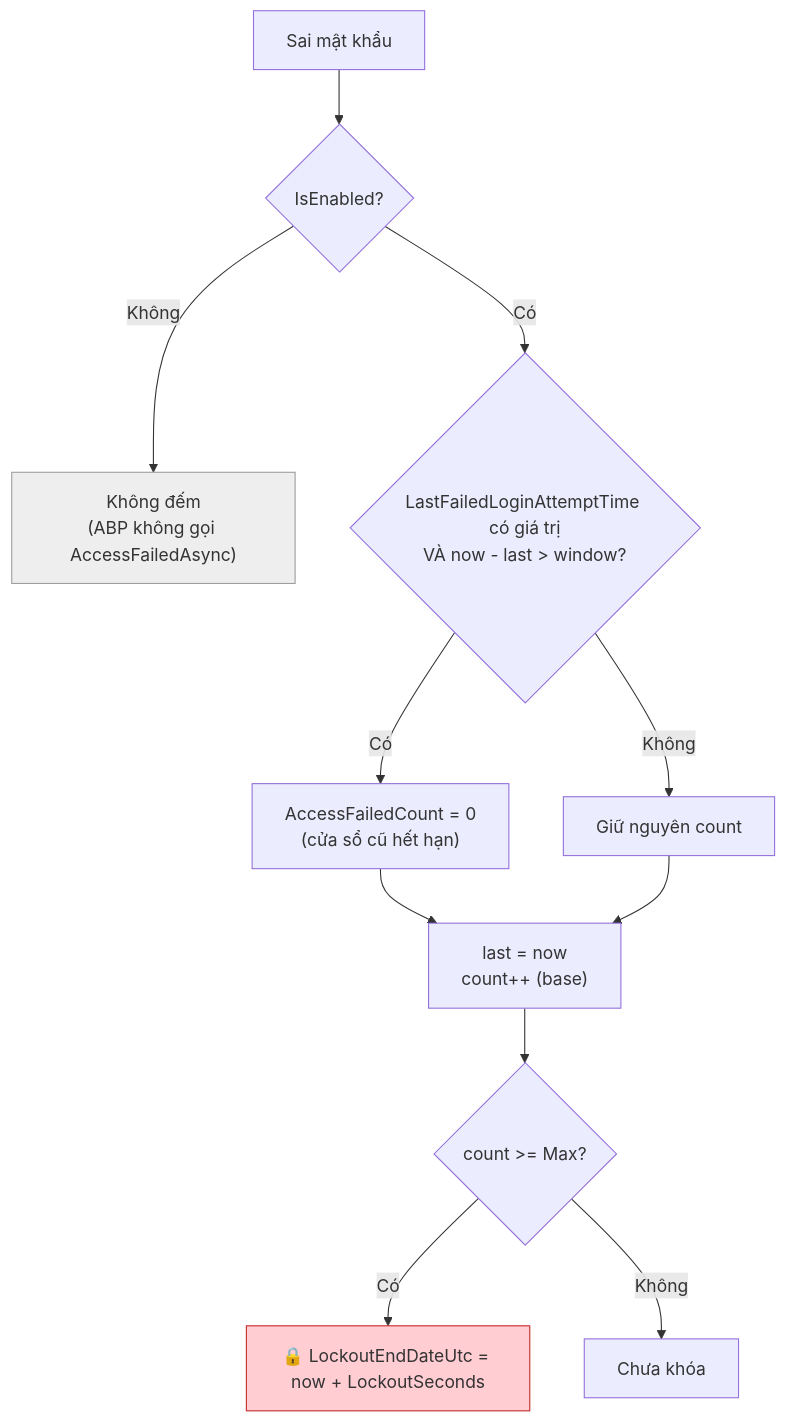
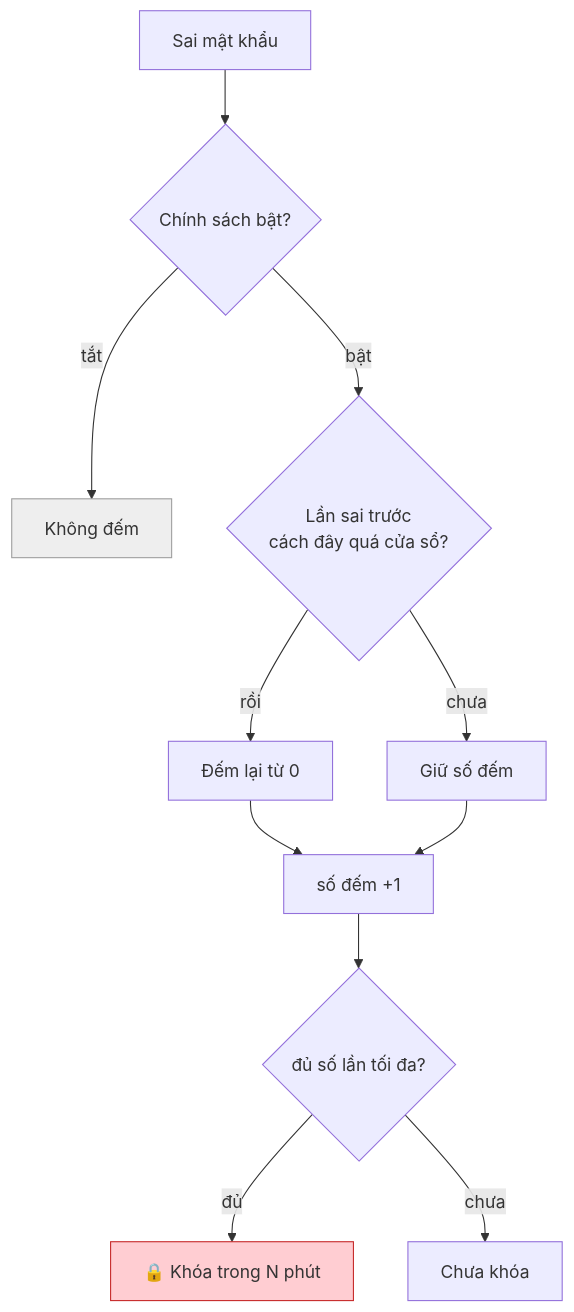
Before and after one commit to giangvanhung/mkdocs-antoanbaomat-ekmapserver: the second of 3 diagrams in docs/login-lockout-feature.md, drawn with Mermaid. The commit also changed other lines of this file and 6 other files, not shown here.

````diff
--- a/docs/login-lockout-feature.md
+++ b/docs/login-lockout-feature.md
@@ -140,16 +18,16 @@
 ```mermaid
 flowchart TD
-    A["Sai mật khẩu"] --> B{"IsEnabled?"}
-    B -->|"Không"| Z["Không đếm<br/>(ABP không gọi AccessFailedAsync)"]
-    B -->|"Có"| C{"LastFailedLoginAttemptTime có giá trị<br/>VÀ now - last > window?"}
-    C -->|"Có"| D["AccessFailedCount = 0<br/>(cửa sổ cũ hết hạn)"]
-    C -->|"Không"| E["Giữ nguyên count"]
-    D --> F["last = now<br/>count++ (base)"]
+    A["Sai mật khẩu"] --> B{"Chính sách bật?"}
+    B -->|"tắt"| Z["Không đếm"]
+    B -->|"bật"| C{"Lần sai trước<br/>cách đây quá cửa sổ?"}
+    C -->|"rồi"| D["Đếm lại từ 0"]
+    C -->|"chưa"| E["Giữ số đếm"]
+    D --> F["số đếm +1"]
     E --> F
-    F --> G{"count >= Max?"}
-    G -->|"Có"| H["🔒 LockoutEndDateUtc = now + LockoutSeconds"]
-    G -->|"Không"| I["Chưa khóa"]
+    F --> G{"đủ số lần tối đa?"}
+    G -->|"đủ"| H["🔒 Khóa trong N phút"]
+    G -->|"chưa"| I["Chưa khóa"]
 
     style H fill:#ffcdd2,stroke:#c62828
     style Z fill:#eeeeee,stroke:#9e9e9e
 ```
````
